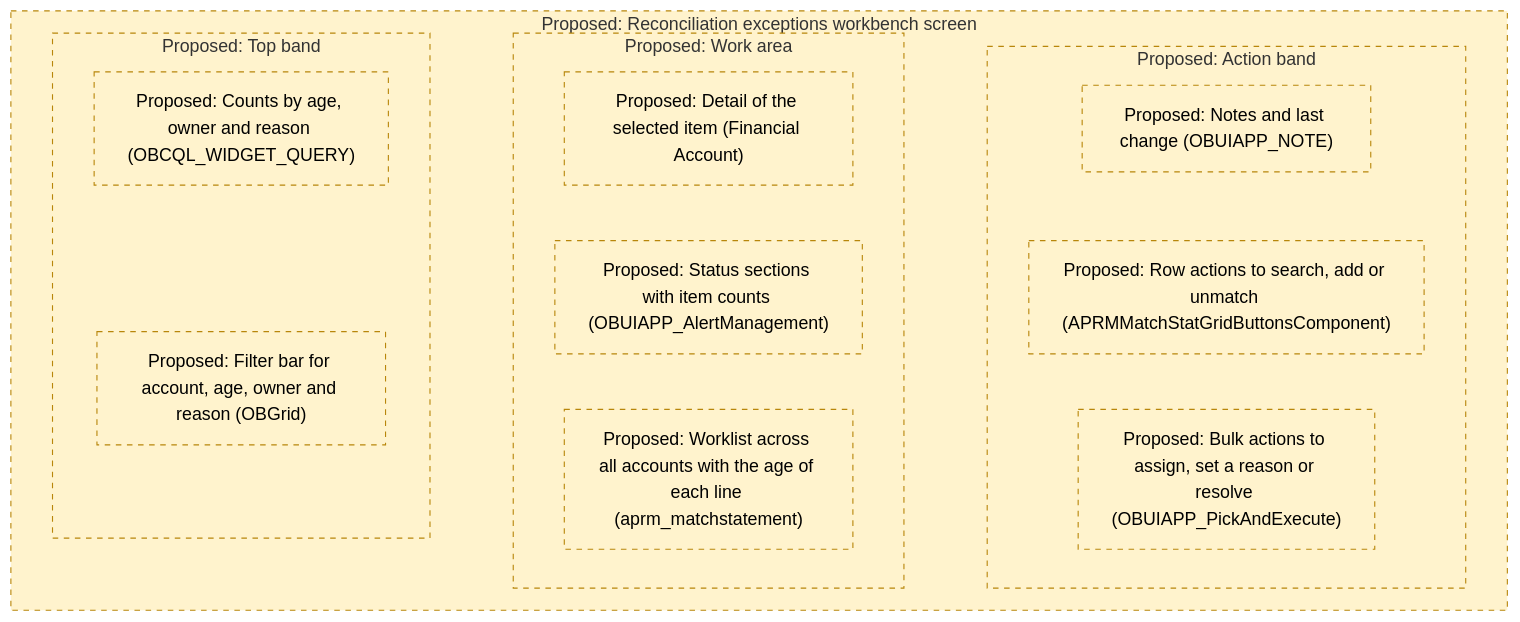
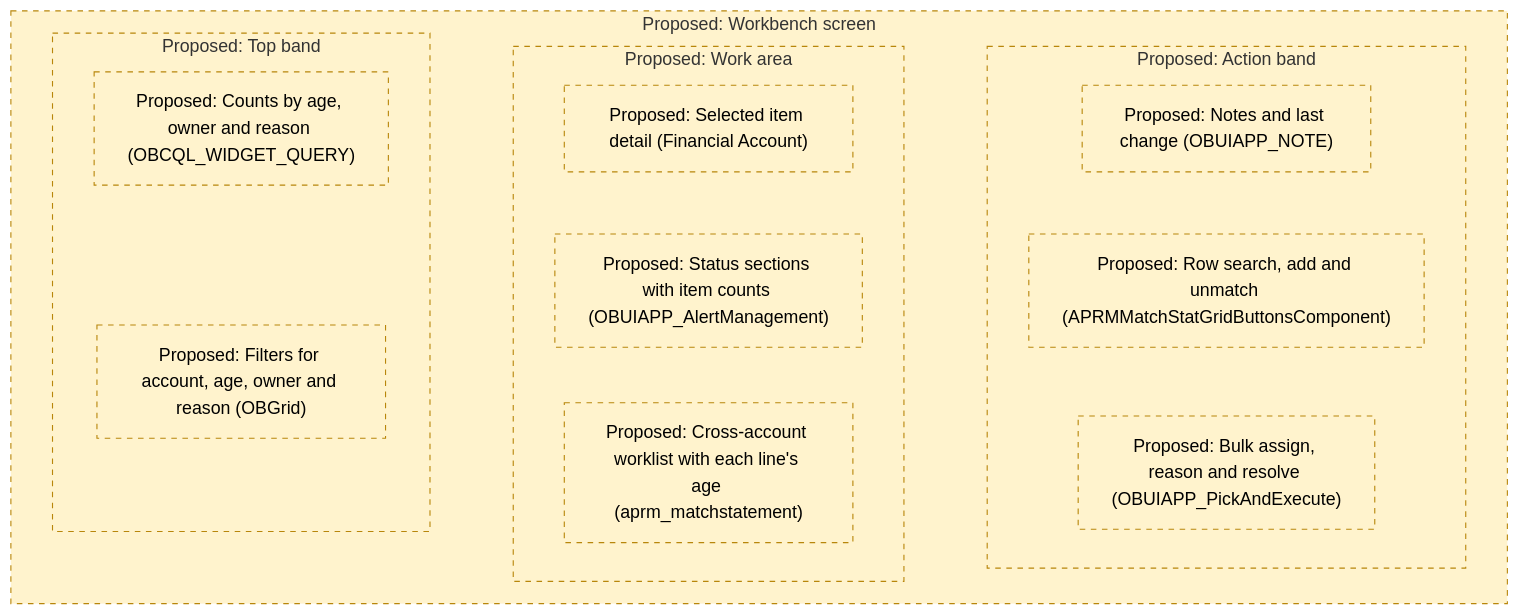
The first of 5 diagrams in docs/analysis/analysis-2-extension-points-and-risks.md (blitzy-public-samples/openbravo-erp), drawn with Mermaid (neutral theme) before and after one commit. The commit also changed other lines of this file and 1 other file, not shown here.

````diff
--- a/docs/analysis/analysis-2-extension-points-and-risks.md
+++ b/docs/analysis/analysis-2-extension-points-and-risks.md
@@ -71,28 +70,28 @@
 ```mermaid
 flowchart TB
-  subgraph SCREEN["Proposed: Reconciliation exceptions workbench screen"]
+  subgraph SCREEN["Proposed: Workbench screen"]
     subgraph TOPBAND["Proposed: Top band"]
       COUNTS["Proposed: Counts by age, owner and reason (OBCQL_WIDGET_QUERY)"]
-      FILTER["Proposed: Filter bar for account, age, owner and reason (OBGrid)"]
+      FILTER["Proposed: Filters for account, age, owner and reason (OBGrid)"]
     end
     subgraph WORKAREA["Proposed: Work area"]
-      DETAIL["Proposed: Detail of the selected item (Financial Account)"]
-      WORKLIST["Proposed: Worklist across all accounts with the age of each line (aprm_matchstatement)"]
+      DETAIL["Proposed: Selected item detail (Financial Account)"]
+      WORKLIST["Proposed: Cross-account worklist with each line's age (aprm_matchstatement)"]
       STATUS["Proposed: Status sections with item counts (OBUIAPP_AlertManagement)"]
     end
     subgraph ACTIONBAND["Proposed: Action band"]
       NOTES["Proposed: Notes and last change (OBUIAPP_NOTE)"]
-      BULK["Proposed: Bulk actions to assign, set a reason or resolve (OBUIAPP_PickAndExecute)"]
-      ROWACTIONS["Proposed: Row actions to search, add or unmatch (APRMMatchStatGridButtonsComponent)"]
+      BULK["Proposed: Bulk assign, reason and resolve (OBUIAPP_PickAndExecute)"]
+      ROWACTIONS["Proposed: Row search, add and unmatch (APRMMatchStatGridButtonsComponent)"]
     end
   end
   FILTER ~~~ STATUS
   FILTER ~~~ WORKLIST
   COUNTS ~~~ DETAIL
   STATUS ~~~ ROWACTIONS
   WORKLIST ~~~ BULK
   DETAIL ~~~ NOTES
   class FILTER,COUNTS,STATUS,WORKLIST,DETAIL,ROWACTIONS,BULK,NOTES proposed
   class SCREEN,TOPBAND,WORKAREA,ACTIONBAND proposed
   classDef proposed stroke-dasharray: 5 5,fill:#fff3cd,stroke:#b8860b
 ```
````
